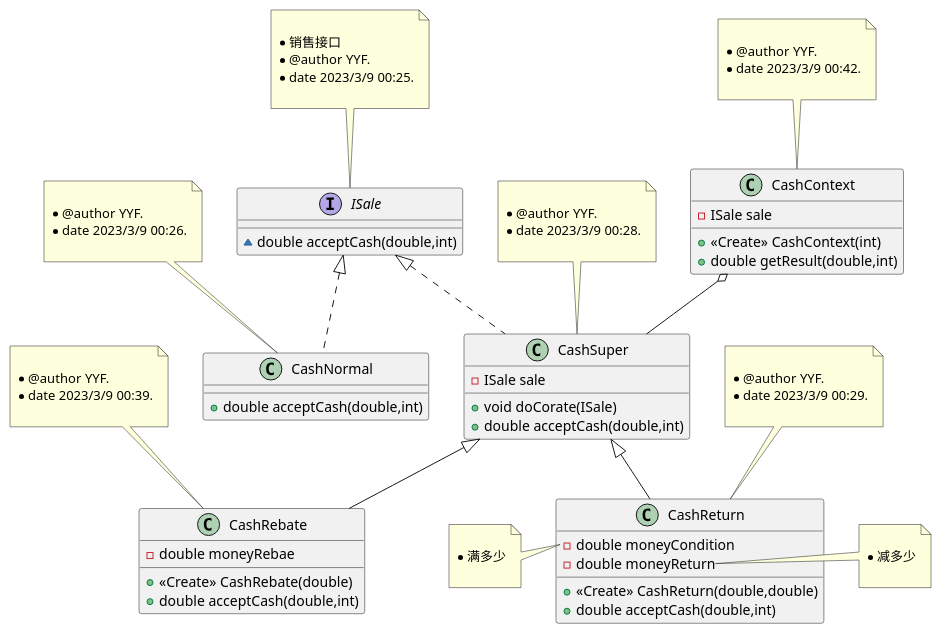
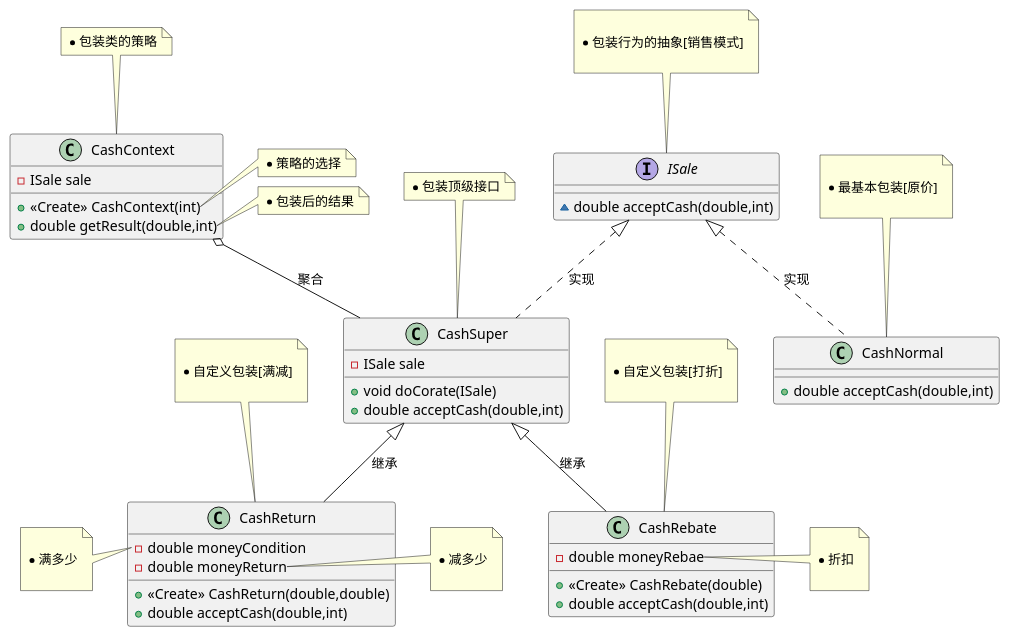
One commit to yuanyf417/DP changed the diagram in ch602.puml. Above: the diagram before and after it, drawn with PlantUML. The commit also changed 1 other file, not shown here.

Commit message:
fix: chp6.x uml

```diff
--- a/ch602.puml
+++ b/ch602.puml
@@ -1,90 +1,88 @@
 @startuml
 
 class CashNormal {
 + double acceptCash(double,int)
 }
 note top of CashNormal
 
- * @author YYF.
- * date 2023/3/9 00:26.
+ *最基本包装[原价]
  
 end note
 
 interface ISale {
 ~ double acceptCash(double,int)
 }
 note top of ISale
 
- * 销售接口
- * @author YYF.
- * date 2023/3/9 00:25.
+ * 包装行为的抽象[销售模式]
  
 end note
 
 class CashSuper {
 - ISale sale
 + void doCorate(ISale)
 + double acceptCash(double,int)
 }
 note top of CashSuper
-
- * @author YYF.
- * date 2023/3/9 00:28.
- 
+ * 包装顶级接口
 end note
 
 class CashContext {
 - ISale sale
 + <<Create>> CashContext(int)
 + double getResult(double,int)
 }
 note top of CashContext
-
- * @author YYF.
- * date 2023/3/9 00:42.
- 
+ * 包装类的策略
 end note
-
+note right of CashContext::CashContext
+ * 策略的选择
+end note
+note right of CashContext::getResult
+ * 包装后的结果
+end note
 class CashReturn {
 - double moneyCondition
 - double moneyReturn
 + <<Create>> CashReturn(double,double)
 + double acceptCash(double,int)
 }
 note top of CashReturn
 
- * @author YYF.
- * date 2023/3/9 00:29.
+ * 自定义包装[满减]
  
 end note
 note left of CashReturn::moneyCondition
 
      * 满多少
      
 end note
 note right of CashReturn::moneyReturn
 
      * 减多少
      
 end note
 
 class CashRebate {
 - double moneyRebae
 + <<Create>> CashRebate(double)
 + double acceptCash(double,int)
 }
 note top of CashRebate
 
- * @author YYF.
- * date 2023/3/9 00:39.
+ * 自定义包装[打折]
  
+end note
+note right of CashRebate::moneyRebae
+
+     * 折扣
+
 end note
 
 
-
-ISale <|.. CashNormal
-ISale <|.. CashSuper
-CashSuper <|-- CashReturn
-CashSuper <|-- CashRebate
-CashContext o-- CashSuper
+ISale <|.. CashNormal : 实现
+ISale <|.. CashSuper : 实现
+CashSuper <|-- CashReturn : 继承
+CashSuper <|-- CashRebate : 继承
+CashContext o-- CashSuper : 聚合
 @enduml
```
